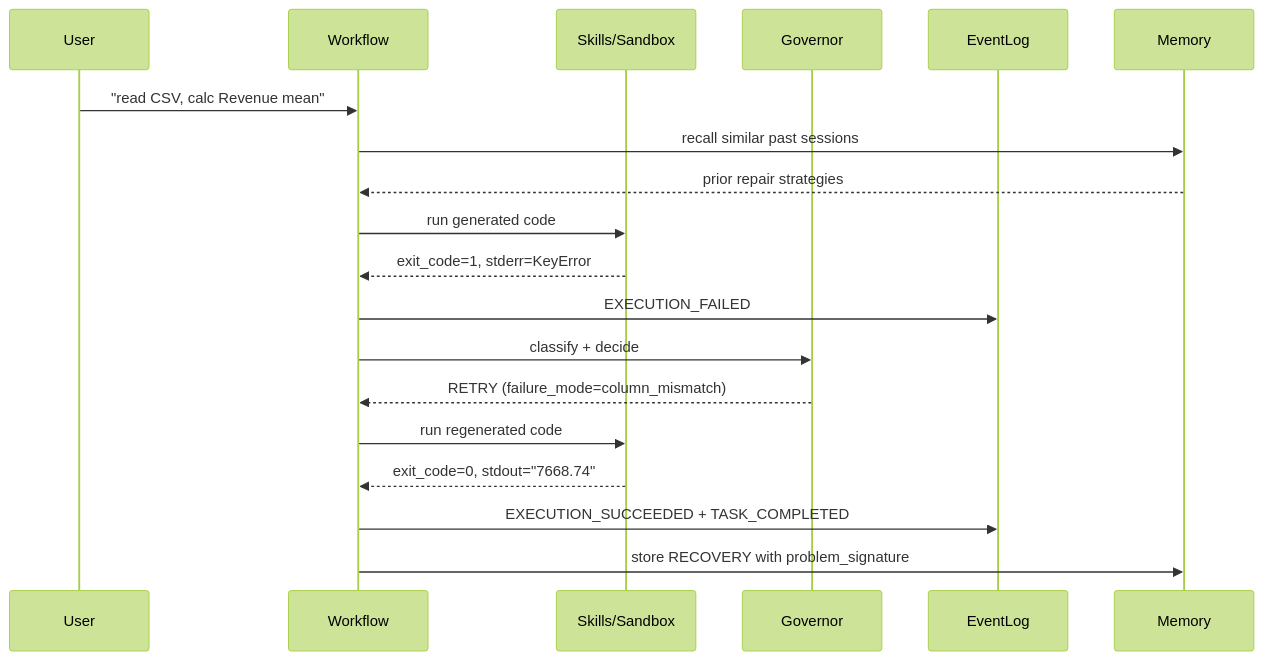
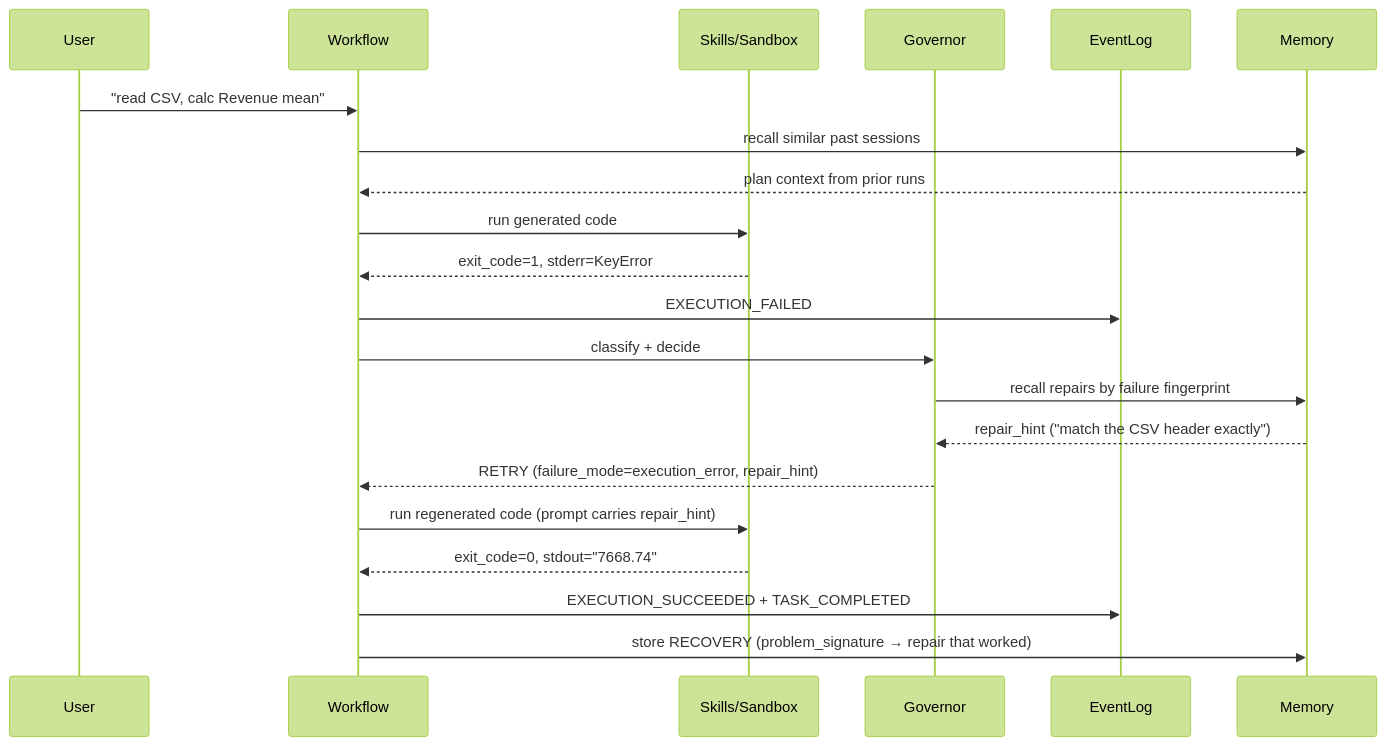
Before and after one commit to Judy-Liu118/Reforge: the diagram in README.md, drawn with Mermaid (forest theme). The commit also changed other lines of this file and 15 other files, not shown here.

````diff
--- a/README.md
+++ b/README.md
@@ -47,22 +47,24 @@
 ```mermaid
 sequenceDiagram
     participant U as User
     participant W as Workflow
     participant S as Skills/Sandbox
     participant G as Governor
     participant E as EventLog
     participant M as Memory
 
     U->>W: "read CSV, calc Revenue mean"
     W->>M: recall similar past sessions
-    M-->>W: prior repair strategies
+    M-->>W: plan context from prior runs
     W->>S: run generated code
     S-->>W: exit_code=1, stderr=KeyError
     W->>E: EXECUTION_FAILED
     W->>G: classify + decide
-    G-->>W: RETRY (failure_mode=column_mismatch)
-    W->>S: run regenerated code
+    G->>M: recall repairs by failure fingerprint
+    M-->>G: repair_hint ("match the CSV header exactly")
+    G-->>W: RETRY (failure_mode=execution_error, repair_hint)
+    W->>S: run regenerated code (prompt carries repair_hint)
     S-->>W: exit_code=0, stdout="7668.74"
     W->>E: EXECUTION_SUCCEEDED + TASK_COMPLETED
-    W->>M: store RECOVERY with problem_signature
+    W->>M: store RECOVERY (problem_signature → repair that worked)
 ```
````
